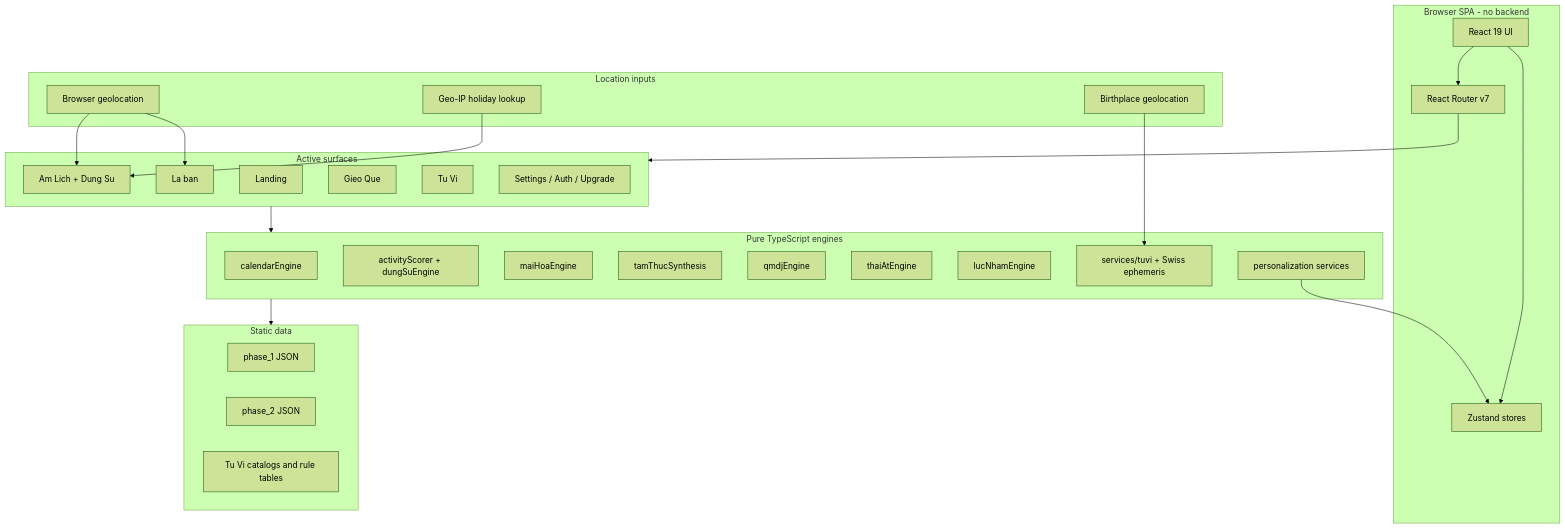
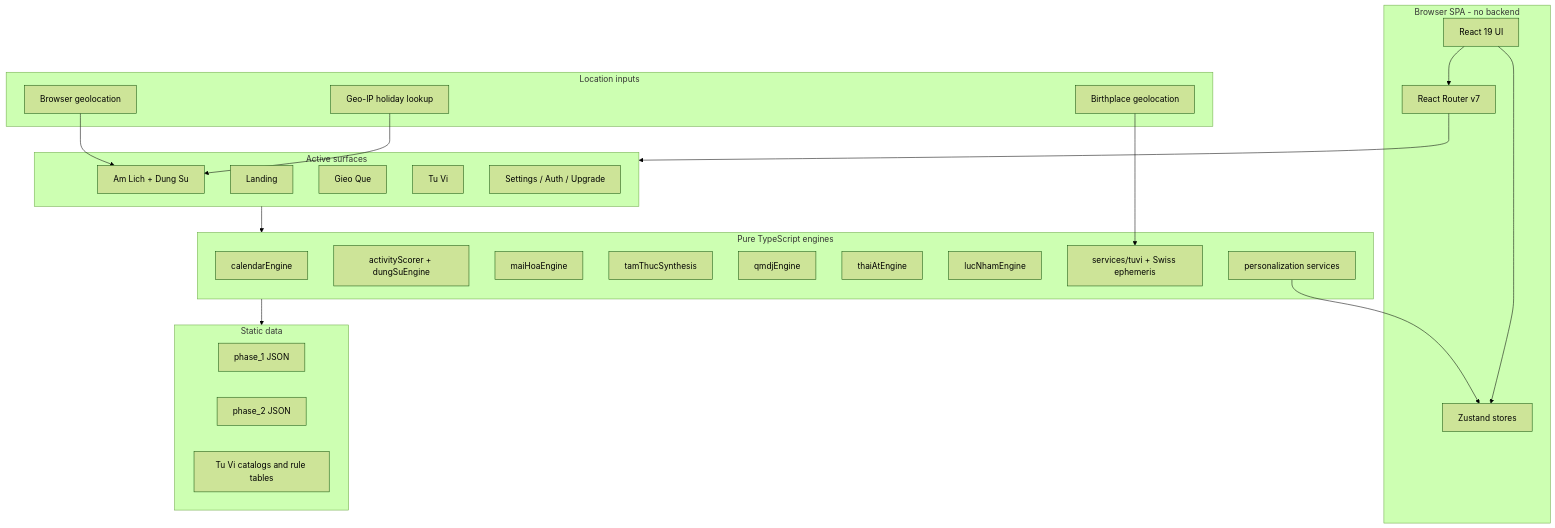
Before and after one commit to jakessteve/lich-viet-android: the first of 2 diagrams in docs/tech/ARCHITECTURE.md, drawn with Mermaid (forest theme). The commit also changed other lines of this file and 27 other files, not shown here.

````diff
--- a/docs/tech/ARCHITECTURE.md
+++ b/docs/tech/ARCHITECTURE.md
@@ -58,50 +56,48 @@
 ```mermaid
 graph TB
     subgraph Browser["Browser SPA - no backend"]
         UI["React 19 UI"]
         Router["React Router v7"]
         Stores["Zustand stores"]
     end
 
     subgraph Surfaces["Active surfaces"]
         Landing["Landing"]
         AmLich["Am Lich + Dung Su"]
-        LaBan["La ban"]
         GieoQue["Gieo Que"]
         TuVi["Tu Vi"]
         Support["Settings / Auth / Upgrade"]
     end
 
     subgraph Engines["Pure TypeScript engines"]
         Calendar["calendarEngine"]
         DungSu["activityScorer + dungSuEngine"]
         MaiHoa["maiHoaEngine"]
         TamThuc["tamThucSynthesis"]
         QMDJ["qmdjEngine"]
         ThaiAt["thaiAtEngine"]
         LucNham["lucNhamEngine"]
         TuViEng["services/tuvi + Swiss ephemeris"]
         Personal["personalization services"]
     end
 
     subgraph Location["Location inputs"]
         BrowserGeo["Browser geolocation"]
         GeoIp["Geo-IP holiday lookup"]
         Birthplace["Birthplace geolocation"]
     end
 
     subgraph Data["Static data"]
         Phase1["phase_1 JSON"]
         Phase2["phase_2 JSON"]
         TuViData["Tu Vi catalogs and rule tables"]
     end
 
     UI --> Router --> Surfaces
     UI --> Stores
     Surfaces --> Engines --> Data
     BrowserGeo --> AmLich
-    BrowserGeo --> LaBan
     GeoIp --> AmLich
     Birthplace --> TuViEng
     Personal --> Stores
 ```
````
